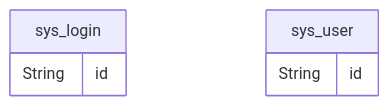
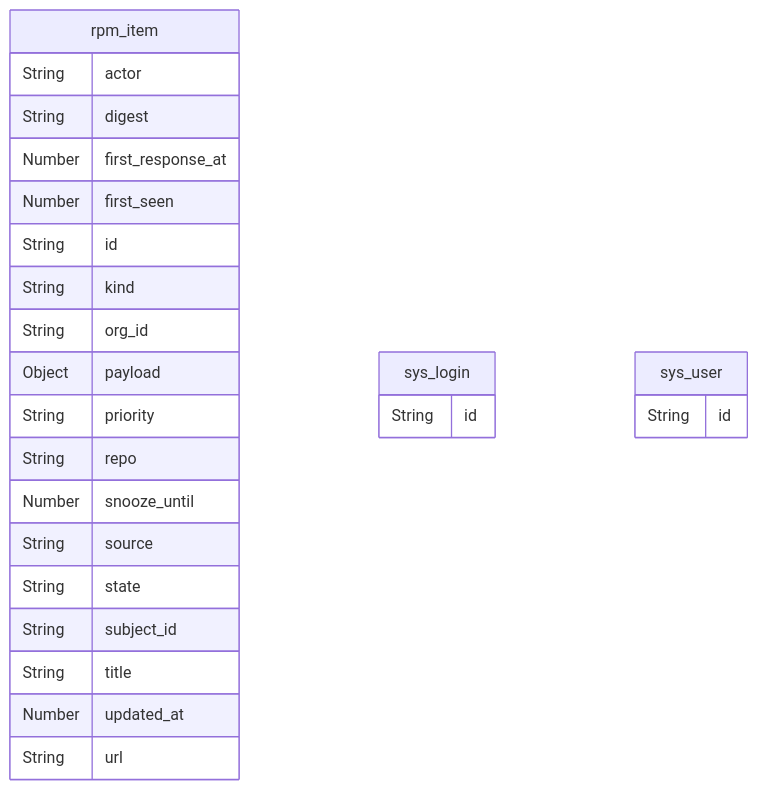
Before and after one commit to voxgig/repo-manager: the diagram in docs/reference/entities.md, drawn with Mermaid. The commit also changed other lines of this file and 21 other files, not shown here.

````diff
--- a/docs/reference/entities.md
+++ b/docs/reference/entities.md
@@ -12,9 +12,28 @@
 ```mermaid
 erDiagram
+  rpm_item {
+    String actor
+    String digest
+    Number first_response_at
+    Number first_seen
+    String id
+    String kind
+    String org_id
+    Object payload
+    String priority
+    String repo
+    Number snooze_until
+    String source
+    String state
+    String subject_id
+    String title
+    Number updated_at
+    String url
+  }
   sys_login {
     String id
   }
   sys_user {
     String id
   }
 ```
````
